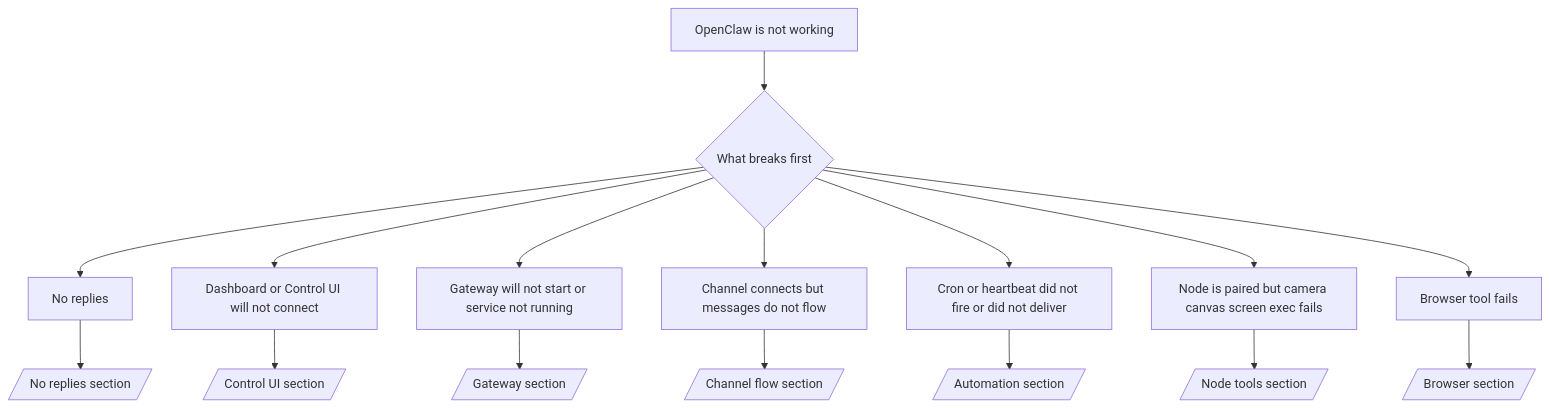
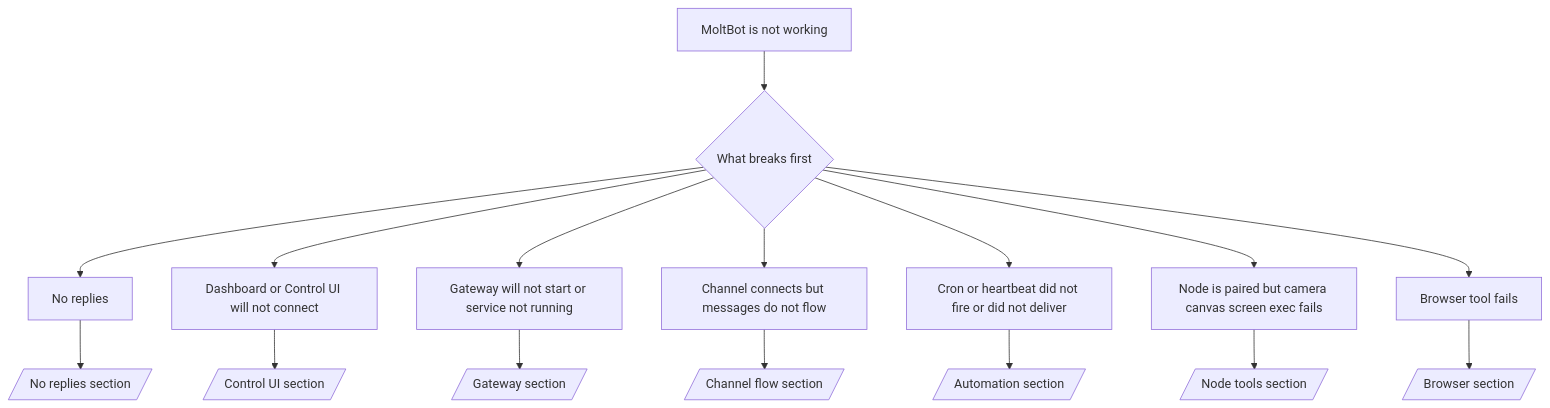
The diagram in docs/help/troubleshooting.md (razroo/razroom), drawn with Mermaid before and after one commit. The commit also changed other lines of this file and 2463 other files, not shown here.

````diff
--- a/docs/help/troubleshooting.md
+++ b/docs/help/troubleshooting.md
@@ -39,19 +39,19 @@
 ```mermaid
 flowchart TD
-  A[OpenClaw is not working] --> B{What breaks first}
+  A[MoltBot is not working] --> B{What breaks first}
   B --> C[No replies]
   B --> D[Dashboard or Control UI will not connect]
   B --> E[Gateway will not start or service not running]
   B --> F[Channel connects but messages do not flow]
   B --> G[Cron or heartbeat did not fire or did not deliver]
   B --> H[Node is paired but camera canvas screen exec fails]
   B --> I[Browser tool fails]
 
   C --> C1[/No replies section/]
   D --> D1[/Control UI section/]
   E --> E1[/Gateway section/]
   F --> F1[/Channel flow section/]
   G --> G1[/Automation section/]
   H --> H1[/Node tools section/]
   I --> I1[/Browser section/]
 ```
````
